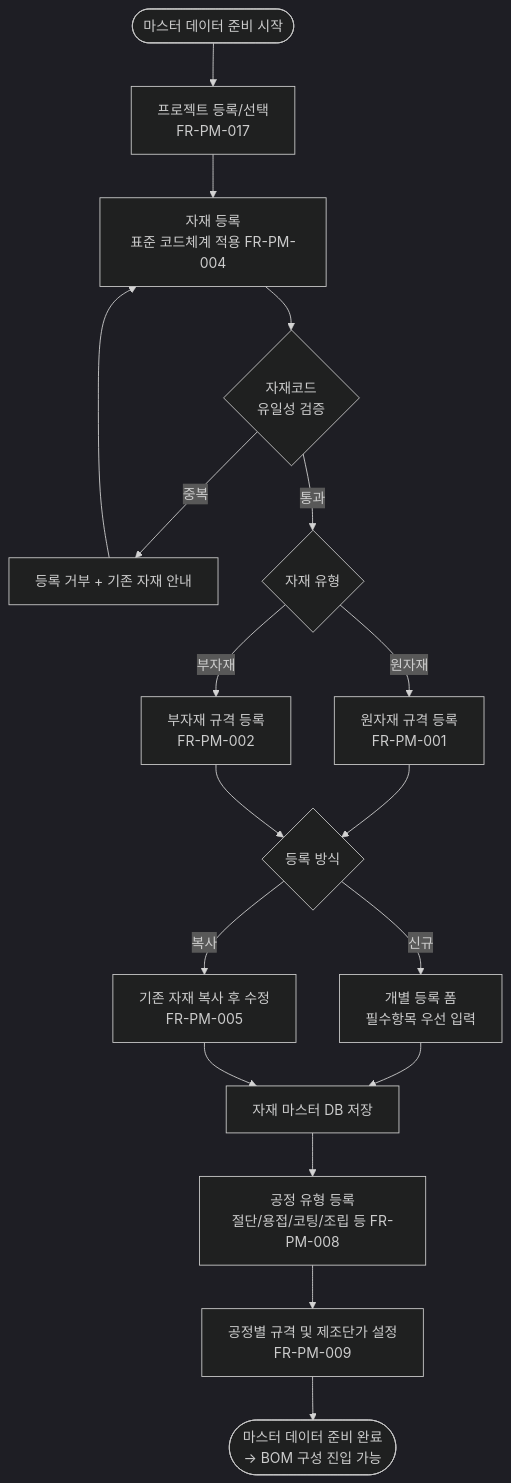
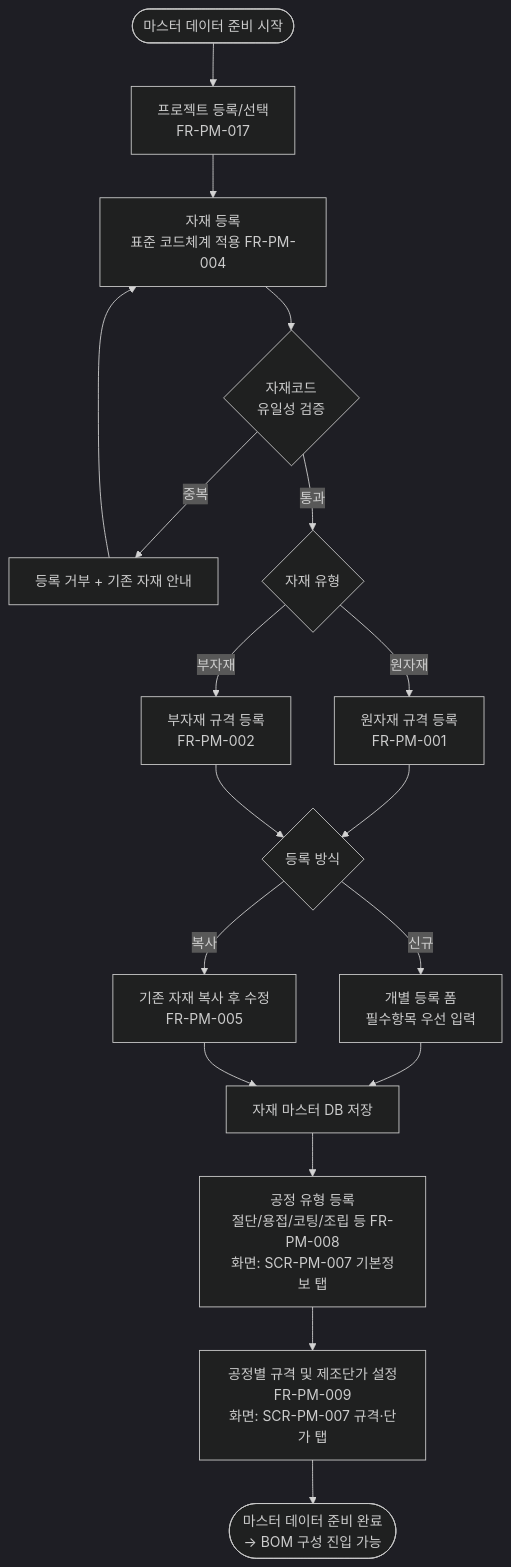
Before and after one commit to team-codecraft/wims2.0: the second of 4 diagrams in docs/2_AN(분석)/AN21-1_제품관리_PM_업무흐름도_v1.0.md, drawn with Mermaid (dark theme). The commit also changed other lines of this file and 78 other files, not shown here.

````diff
--- a/docs/2_AN(분석)/AN21-1_제품관리_PM_업무흐름도_v1.0.md
+++ b/docs/2_AN(분석)/AN21-1_제품관리_PM_업무흐름도_v1.0.md
@@ -74,27 +74,27 @@
 ```mermaid
 flowchart TD
     Start([마스터 데이터 준비 시작])
 
     Start --> P1[프로젝트 등록/선택<br/>FR-PM-017]
 
     P1 --> A1[자재 등록<br/>표준 코드체계 적용 FR-PM-004]
     A1 --> A2{자재코드<br/>유일성 검증}
     A2 -->|중복| A3[등록 거부 + 기존 자재 안내]
     A2 -->|통과| A4{자재 유형}
     A3 --> A1
 
     A4 -->|원자재| A5[원자재 규격 등록<br/>FR-PM-001]
     A4 -->|부자재| A6[부자재 규격 등록<br/>FR-PM-002]
 
     A5 --> A7{등록 방식}
     A6 --> A7
     A7 -->|신규| A8[개별 등록 폼<br/>필수항목 우선 입력]
     A7 -->|복사| A9[기존 자재 복사 후 수정<br/>FR-PM-005]
     A8 --> A10[자재 마스터 DB 저장]
     A9 --> A10
 
-    A10 --> C1[공정 유형 등록<br/>절단/용접/코팅/조립 등 FR-PM-008]
-    C1 --> C2[공정별 규격 및 제조단가 설정<br/>FR-PM-009]
+    A10 --> C1[공정 유형 등록<br/>절단/용접/코팅/조립 등 FR-PM-008<br/>화면: SCR-PM-007 기본정보 탭]
+    C1 --> C2[공정별 규격 및 제조단가 설정<br/>FR-PM-009<br/>화면: SCR-PM-007 규격·단가 탭]
 
     C2 --> End([마스터 데이터 준비 완료<br/>→ BOM 구성 진입 가능])
 ```
````
